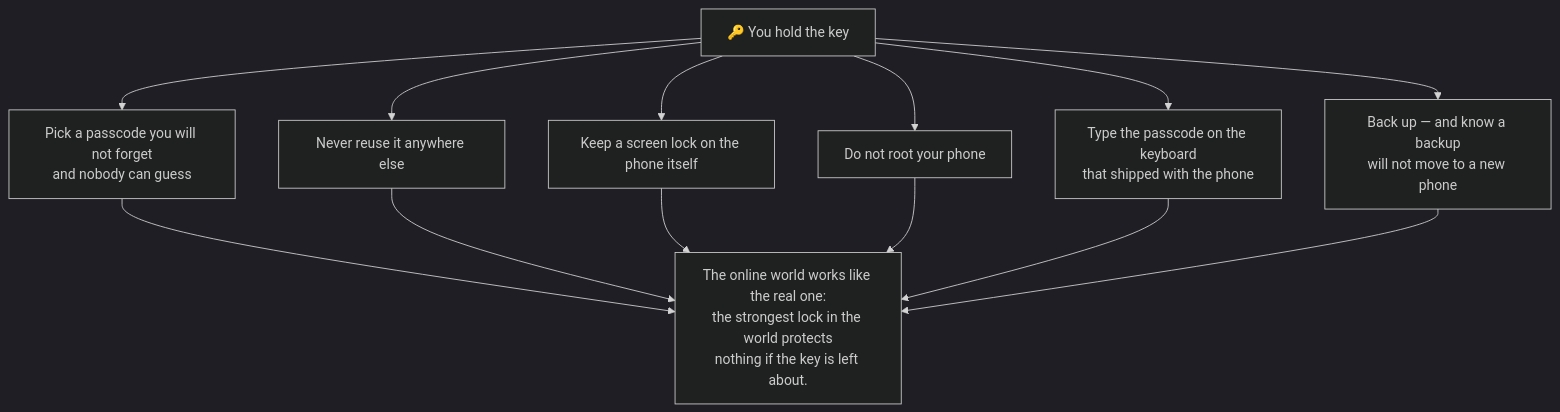
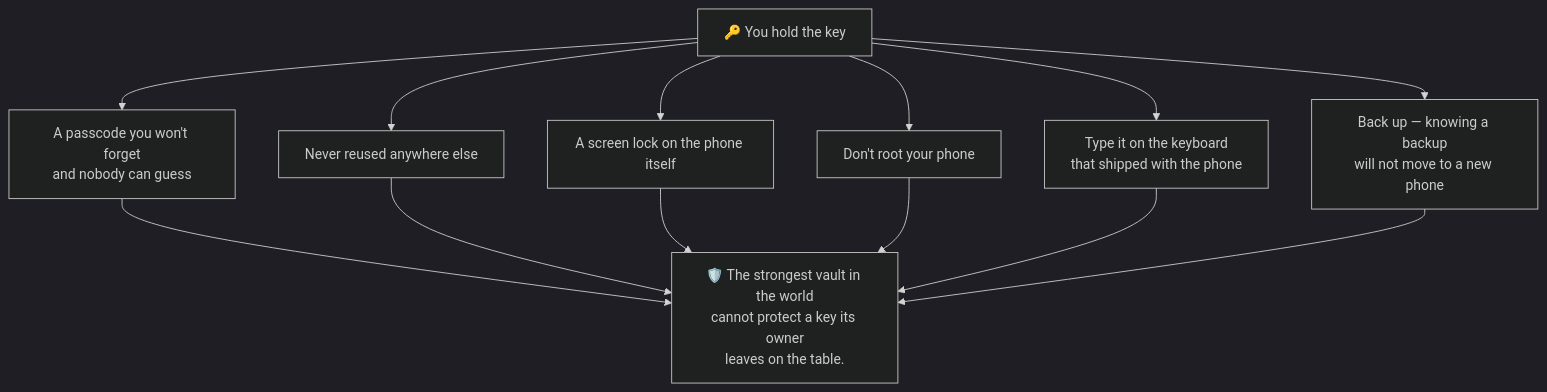
Diagram 11 of 11 in docs/attack-scenarios.md (TuPhung369/passwordepic-website), drawn with Mermaid (dark theme) before and after one commit. The commit also changed other lines of this file and 6 other files, not shown here.

````diff
--- a/docs/attack-scenarios.md
+++ b/docs/attack-scenarios.md
@@ -241,15 +485,15 @@
 ```mermaid
 flowchart TD
-  A["🔑 You hold the key"] --> B["Pick a passcode you will not forget<br/>and nobody can guess"]
-  A --> C["Never reuse it anywhere else"]
-  A --> D["Keep a screen lock on the phone itself"]
-  A --> E["Do not root your phone"]
-  A --> F["Type the passcode on the keyboard<br/>that shipped with the phone"]
-  A --> G["Back up — and know a backup<br/>will not move to a new phone"]
-  B --> H["The online world works like the real one:<br/>the strongest lock in the world protects<br/>nothing if the key is left about."]
+  A["🔑 You hold the key"] --> B["A passcode you won't forget<br/>and nobody can guess"]
+  A --> C["Never reused anywhere else"]
+  A --> D["A screen lock on the phone itself"]
+  A --> E["Don't root your phone"]
+  A --> F["Type it on the keyboard<br/>that shipped with the phone"]
+  A --> G["Back up — knowing a backup<br/>will not move to a new phone"]
+  B --> H["🛡️ The strongest vault in the world<br/>cannot protect a key its owner<br/>leaves on the table."]
   C --> H
   D --> H
   E --> H
   F --> H
   G --> H
 ```
````
